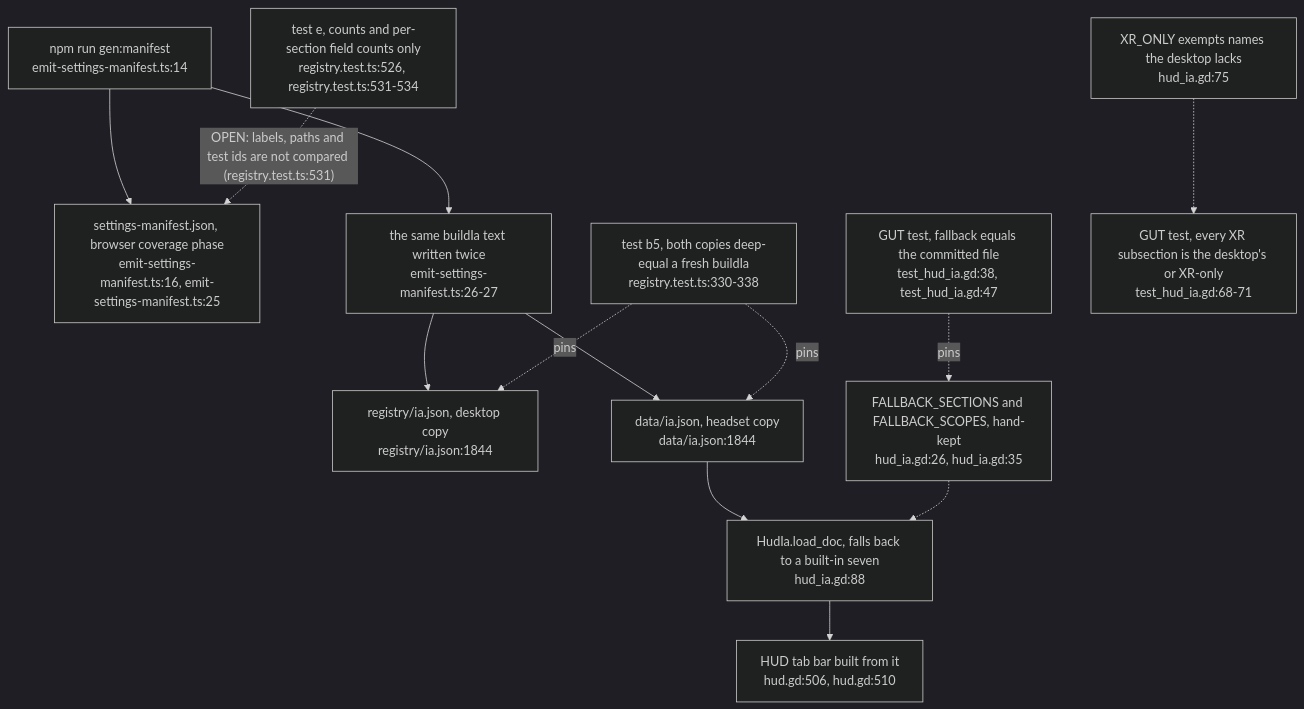
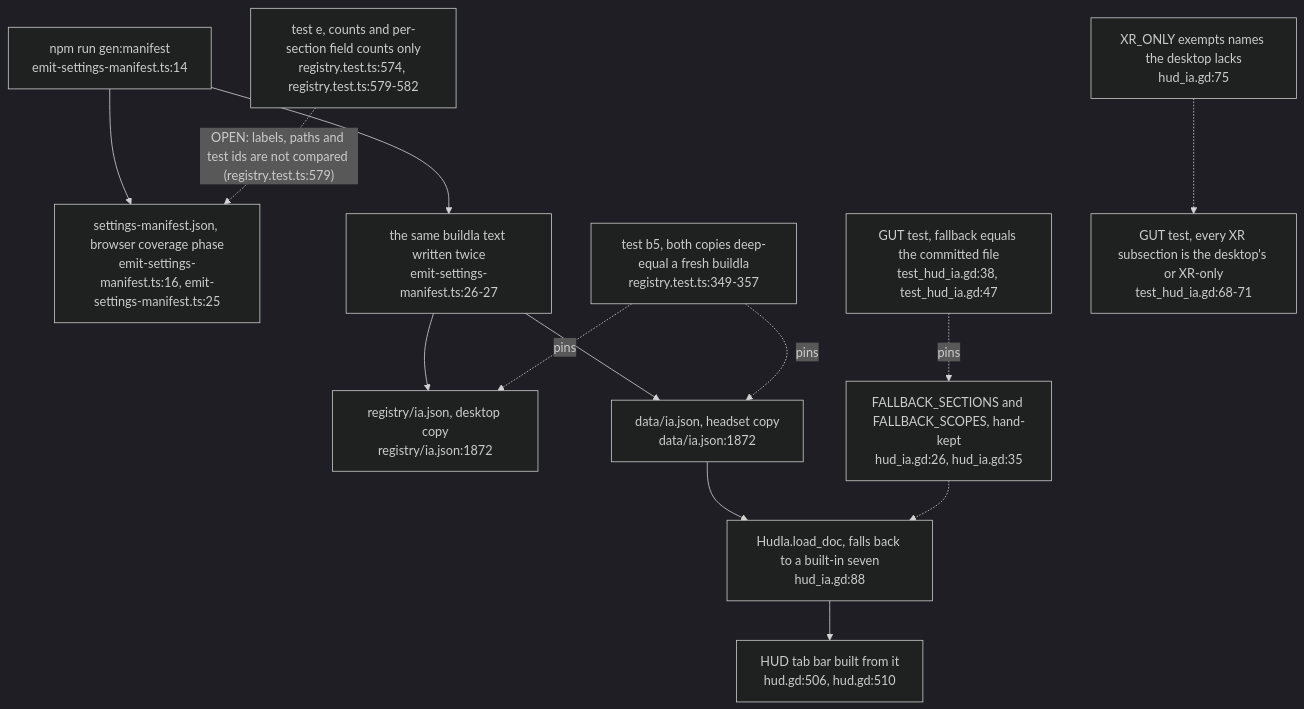
One commit to DreamLab-AI/VisionFlow changed the third of 12 diagrams in docs/diagrams/visionclaw/57-control-centre-ia-and-drawer.md. Above: the diagram before and after it, drawn with Mermaid (dark theme). The commit also changed other lines of this file and 81 other files, not shown here.

First line of the commit message:
docs(diagrams): roll VisionClaw topics to main 010e1109b (PR 37 and 38 merged); fix remaining prose citations

````diff
--- a/docs/diagrams/visionclaw/57-control-centre-ia-and-drawer.md
+++ b/docs/diagrams/visionclaw/57-control-centre-ia-and-drawer.md
@@ -131,15 +131,15 @@
 ```mermaid
 flowchart TB
     EM["npm run gen:manifest<br/>emit-settings-manifest.ts:14"] --> MAN["settings-manifest.json, browser coverage phase<br/>emit-settings-manifest.ts:16, emit-settings-manifest.ts:25"]
     EM --> IAW["the same buildIa text written twice<br/>emit-settings-manifest.ts:26-27"]
-    IAW --> C1["registry/ia.json, desktop copy<br/>registry/ia.json:1844"]
-    IAW --> C2["data/ia.json, headset copy<br/>data/ia.json:1844"]
-    B5["test b5, both copies deep-equal a fresh buildIa<br/>registry.test.ts:330-338"] -.->|pins| C1
+    IAW --> C1["registry/ia.json, desktop copy<br/>registry/ia.json:1872"]
+    IAW --> C2["data/ia.json, headset copy<br/>data/ia.json:1872"]
+    B5["test b5, both copies deep-equal a fresh buildIa<br/>registry.test.ts:349-357"] -.->|pins| C1
     B5 -.->|pins| C2
-    TE["test e, counts and per-section field counts only<br/>registry.test.ts:526, registry.test.ts:531-534"] -.->|"OPEN: labels, paths and test ids are not compared (registry.test.ts:531)"| MAN
+    TE["test e, counts and per-section field counts only<br/>registry.test.ts:574, registry.test.ts:579-582"] -.->|"OPEN: labels, paths and test ids are not compared (registry.test.ts:579)"| MAN
     C2 --> LD["HudIa.load_doc, falls back to a built-in seven<br/>hud_ia.gd:88"]
     LD --> HUD["HUD tab bar built from it<br/>hud.gd:506, hud.gd:510"]
     FB["FALLBACK_SECTIONS and FALLBACK_SCOPES, hand-kept<br/>hud_ia.gd:26, hud_ia.gd:35"] -.-> LD
     GUT["GUT test, fallback equals the committed file<br/>test_hud_ia.gd:38, test_hud_ia.gd:47"] -.->|pins| FB
     XO["XR_ONLY exempts names the desktop lacks<br/>hud_ia.gd:75"] -.-> GUT2["GUT test, every XR subsection is the desktop's or XR-only<br/>test_hud_ia.gd:68-71"]
 ```
````
